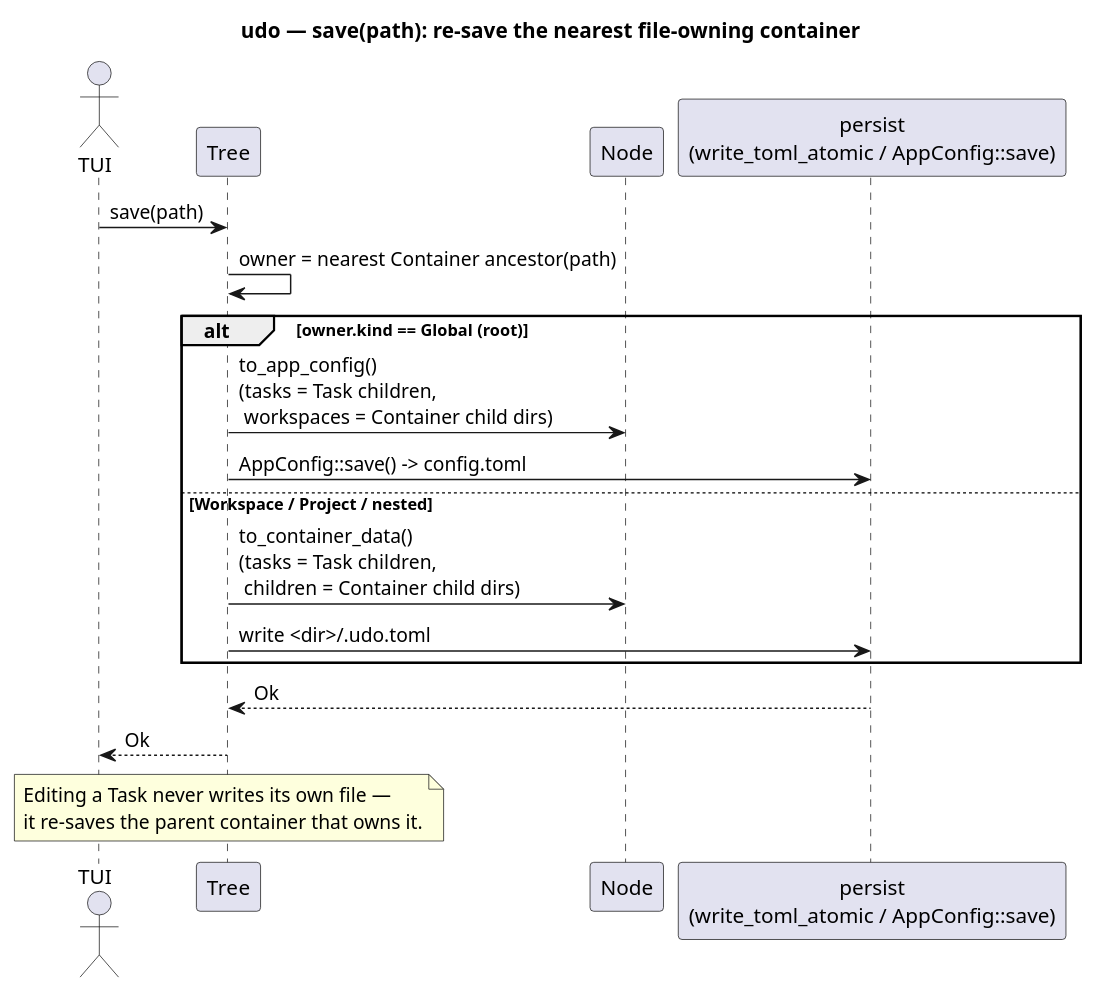
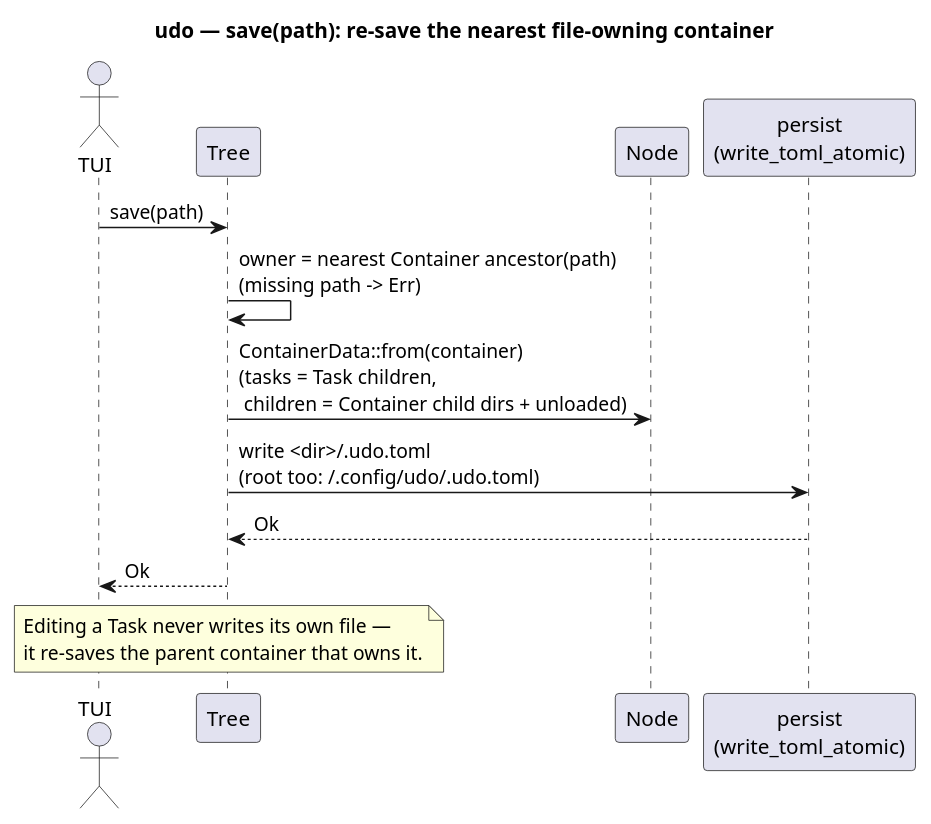
Before and after one commit to jqyDee/udo: the diagram in docs/tree/03-save-flow.puml, drawn with PlantUML. The commit also changed 13 other files, not shown here.

```diff
--- a/docs/tree/03-save-flow.puml
+++ b/docs/tree/03-save-flow.puml
@@ -1,26 +1,21 @@
 @startuml
 title udo — save(path): re-save the nearest file-owning container
 
 actor TUI
 participant Tree
 participant Node
-participant "persist\n(write_toml_atomic / AppConfig::save)" as Persist
+participant "persist\n(write_toml_atomic)" as Persist
 
 TUI -> Tree : save(path)
-Tree -> Tree : owner = nearest Container ancestor(path)
-alt owner.kind == Global (root)
-  Tree -> Node : to_app_config()\n(tasks = Task children,\n workspaces = Container child dirs)
-  Tree -> Persist : AppConfig::save() -> config.toml
-else Workspace / Project / nested
-  Tree -> Node : to_container_data()\n(tasks = Task children,\n children = Container child dirs)
-  Tree -> Persist : write <dir>/.udo.toml
-end
+Tree -> Tree : owner = nearest Container ancestor(path)\n(missing path -> Err)
+Tree -> Node : ContainerData::from(container)\n(tasks = Task children,\n children = Container child dirs + unloaded)
+Tree -> Persist : write <dir>/.udo.toml\n(root too: ~/.config/udo/.udo.toml)
 Persist --> Tree : Ok
 Tree --> TUI : Ok
 
 note over Tree
   Editing a Task never writes its own file —
   it re-saves the parent container that owns it.
 end note
 
 @enduml
```
